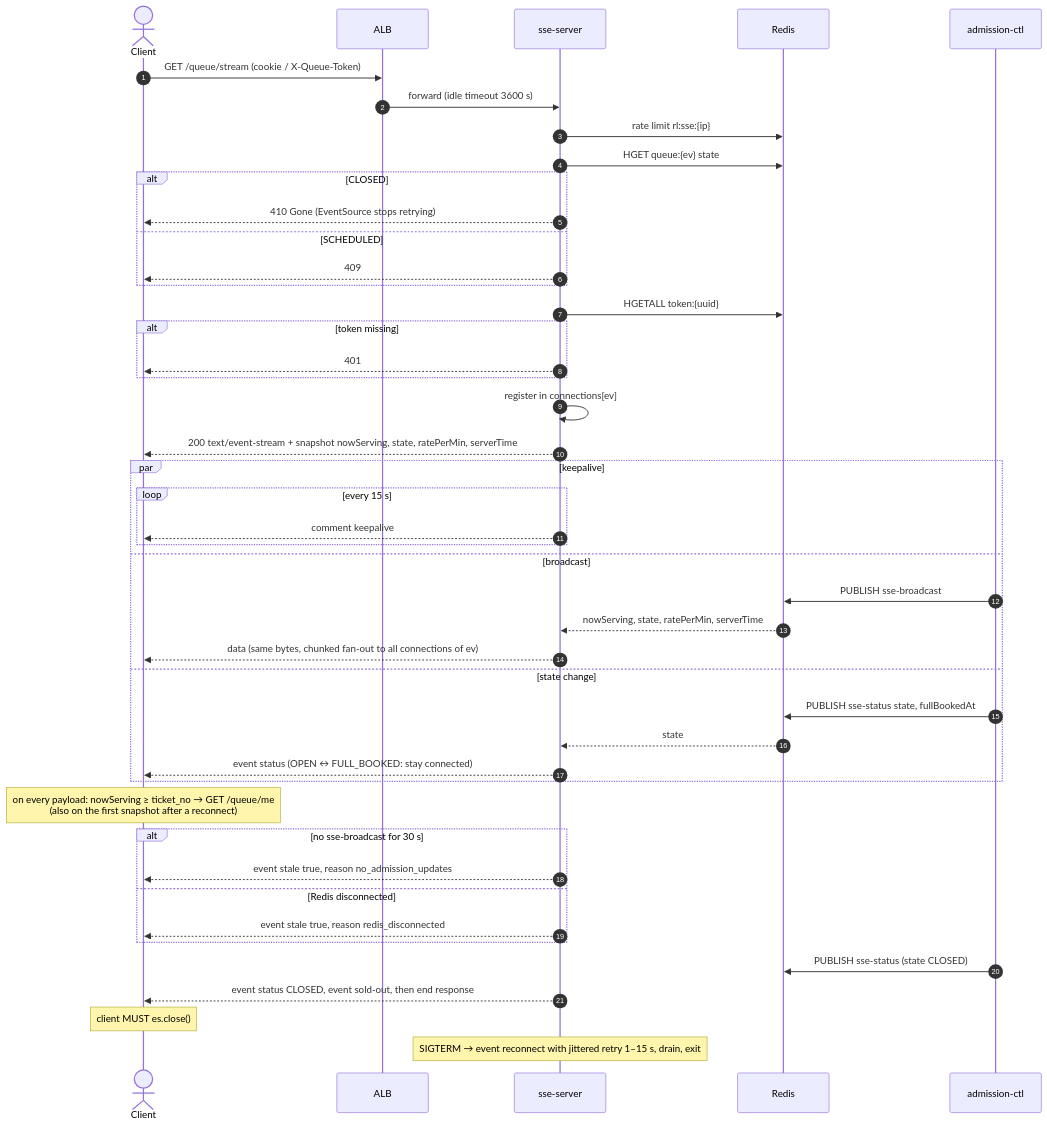
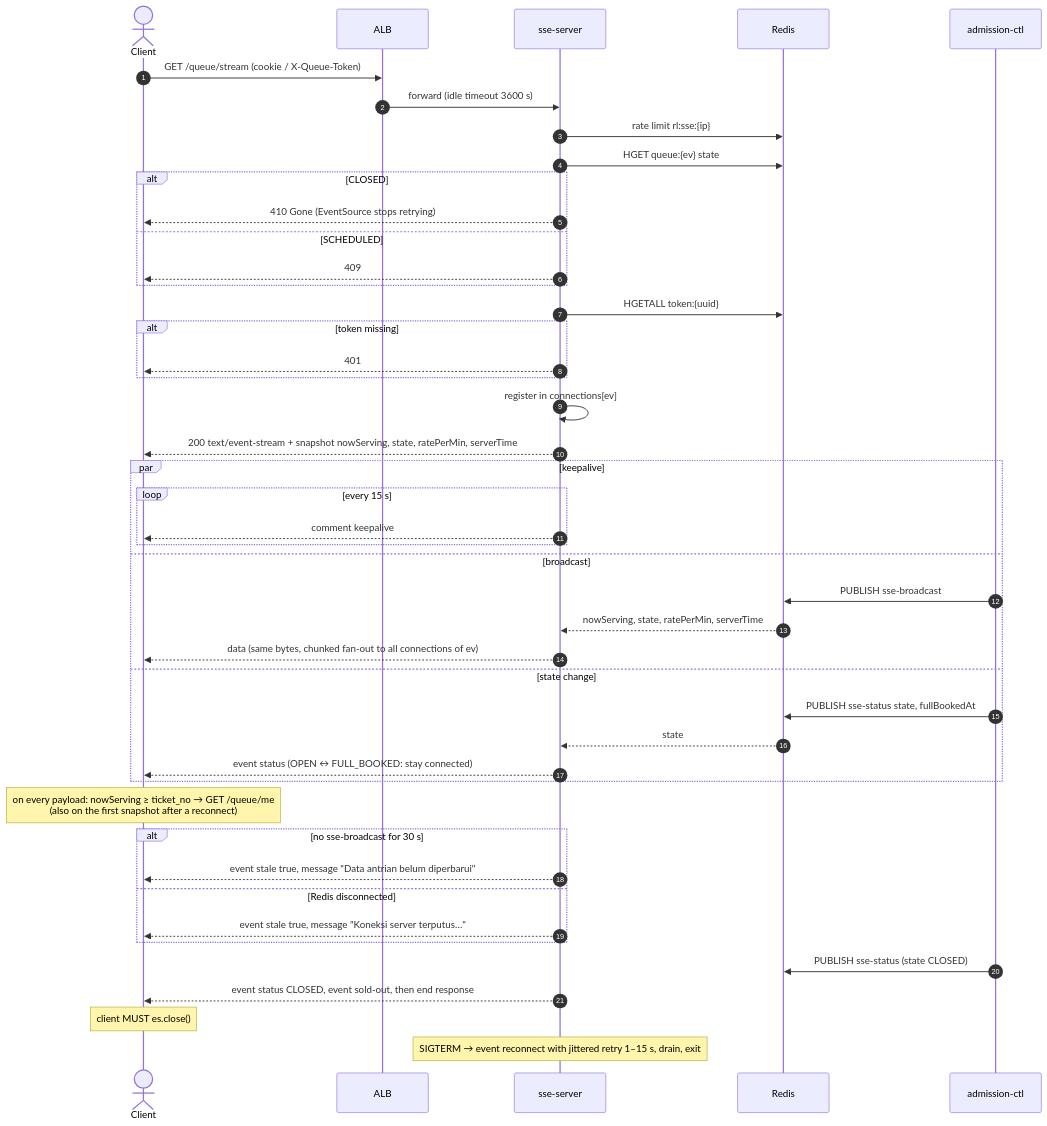
One commit to PTServerJanganTumbang-BookingTicket/be-rusuh-war-ticketing changed the diagram in docs/04-queue/02-queue-status-stream.md. Above: the diagram before and after it, drawn with Mermaid. The commit also changed other lines of this file and 7 other files, not shown here.

First line of the commit message:
feat(sse-server): uniform stream event shape (contract v2.12)

````diff
--- a/docs/04-queue/02-queue-status-stream.md
+++ b/docs/04-queue/02-queue-status-stream.md
@@ -32,53 +32,53 @@
 ```mermaid
 sequenceDiagram
     autonumber
     actor C as Client
     participant ALB
     participant S as sse-server
     participant R as Redis
     participant CTL as admission-ctl
 
     C->>ALB: GET /queue/stream (cookie / X-Queue-Token)
     ALB->>S: forward (idle timeout 3600 s)
     S->>R: rate limit rl:sse:{ip}
     S->>R: HGET queue:{ev} state
     alt CLOSED
         S-->>C: 410 Gone (EventSource stops retrying)
     else SCHEDULED
         S-->>C: 409
     end
     S->>R: HGETALL token:{uuid}
     alt token missing
         S-->>C: 401
     end
     S->>S: register in connections[ev]
     S-->>C: 200 text/event-stream + snapshot nowServing, state, ratePerMin, serverTime
 
     par keepalive
         loop every 15 s
             S-->>C: comment keepalive
         end
     and broadcast
         CTL->>R: PUBLISH sse-broadcast
         R-->>S: nowServing, state, ratePerMin, serverTime
         S-->>C: data (same bytes, chunked fan-out to all connections of ev)
     and state change
         CTL->>R: PUBLISH sse-status state, fullBookedAt
         R-->>S: state
         S-->>C: event status (OPEN ↔ FULL_BOOKED: stay connected)
     end
 
     Note over C: on every payload: nowServing ≥ ticket_no → GET /queue/me<br/>(also on the first snapshot after a reconnect)
 
     alt no sse-broadcast for 30 s
-        S-->>C: event stale true, reason no_admission_updates
+        S-->>C: event stale true, message "Data antrian belum diperbarui"
     else Redis disconnected
-        S-->>C: event stale true, reason redis_disconnected
+        S-->>C: event stale true, message "Koneksi server terputus…"
     end
 
     CTL->>R: PUBLISH sse-status (state CLOSED)
     S-->>C: event status CLOSED, event sold-out, then end response
     Note over C: client MUST es.close()
 
     Note over S: SIGTERM → event reconnect with jittered retry 1–15 s, drain, exit
 ```
````
